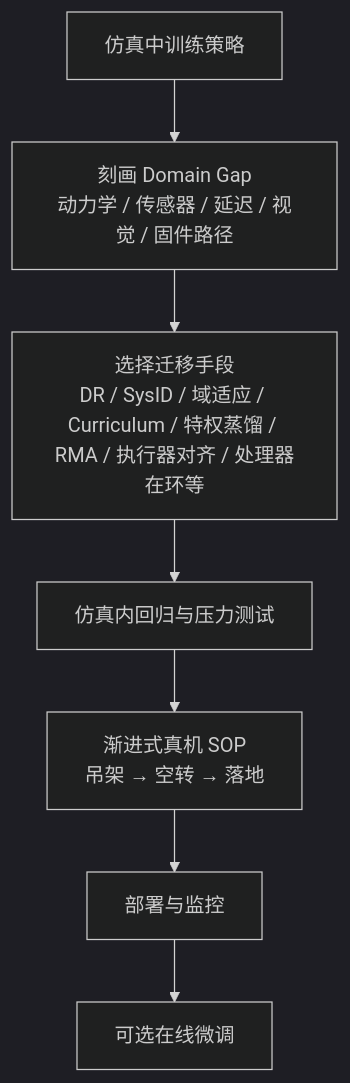
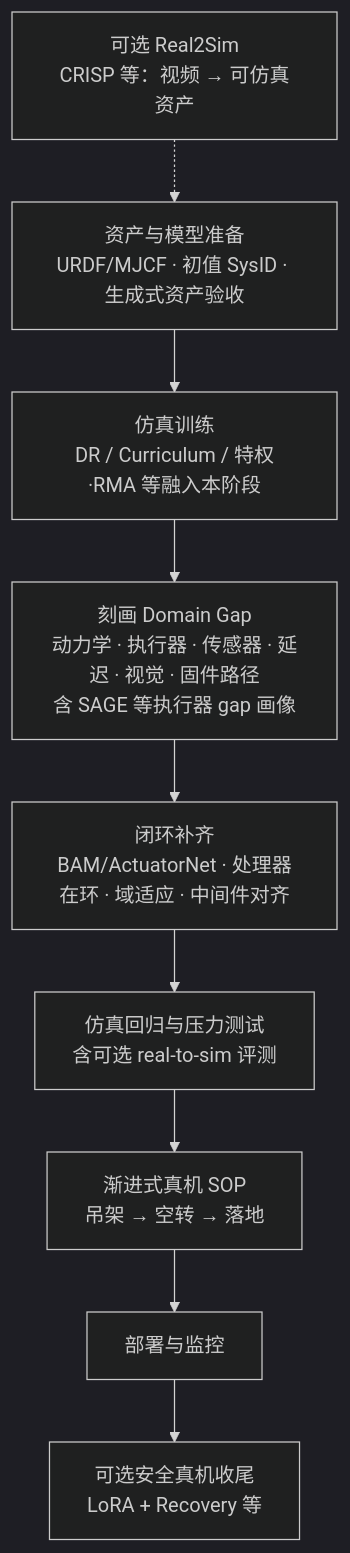
Before and after one commit to ImChong/Robotics_Notebooks: the diagram in wiki/concepts/sim2real.md, drawn with Mermaid (dark theme). The commit also changed 10 other files, not shown here.

Commit message:
docs(wiki): 对齐 Sim2Real 工程流程 Mermaid 与 2026 正文时序

````diff
--- a/wiki/concepts/sim2real.md
+++ b/wiki/concepts/sim2real.md
@@ -51,12 +51,15 @@
 ```mermaid
 flowchart TD
-  T[仿真中训练策略]
-  G[刻画 Domain Gap<br/>动力学 / 传感器 / 延迟 / 视觉 / 固件路径]
-  M[选择迁移手段<br/>DR / SysID / 域适应 / Curriculum / 特权蒸馏 / RMA / 执行器对齐 / 处理器在环等]
-  P[仿真内回归与压力测试]
+  R[可选 Real2Sim<br/>CRISP 等：视频 → 可仿真资产]
+  A[资产与模型准备<br/>URDF/MJCF · 初值 SysID · 生成式资产验收]
+  T[仿真训练<br/>DR / Curriculum / 特权·RMA 等融入本阶段]
+  G[刻画 Domain Gap<br/>动力学 · 执行器 · 传感器 · 延迟 · 视觉 · 固件路径<br/>含 SAGE 等执行器 gap 画像]
+  M[闭环补齐<br/>BAM/ActuatorNet · 处理器在环 · 域适应 · 中间件对齐]
+  P[仿真回归与压力测试<br/>含可选 real-to-sim 评测]
   V[渐进式真机 SOP<br/>吊架 → 空转 → 落地]
   D[部署与监控]
-  O[可选在线微调]
+  O[可选安全真机收尾<br/>LoRA + Recovery 等]
 
-  T --> G --> M --> P --> V --> D --> O
+  R -.-> A
+  A --> T --> G --> M --> P --> V --> D --> O
 ```
````
